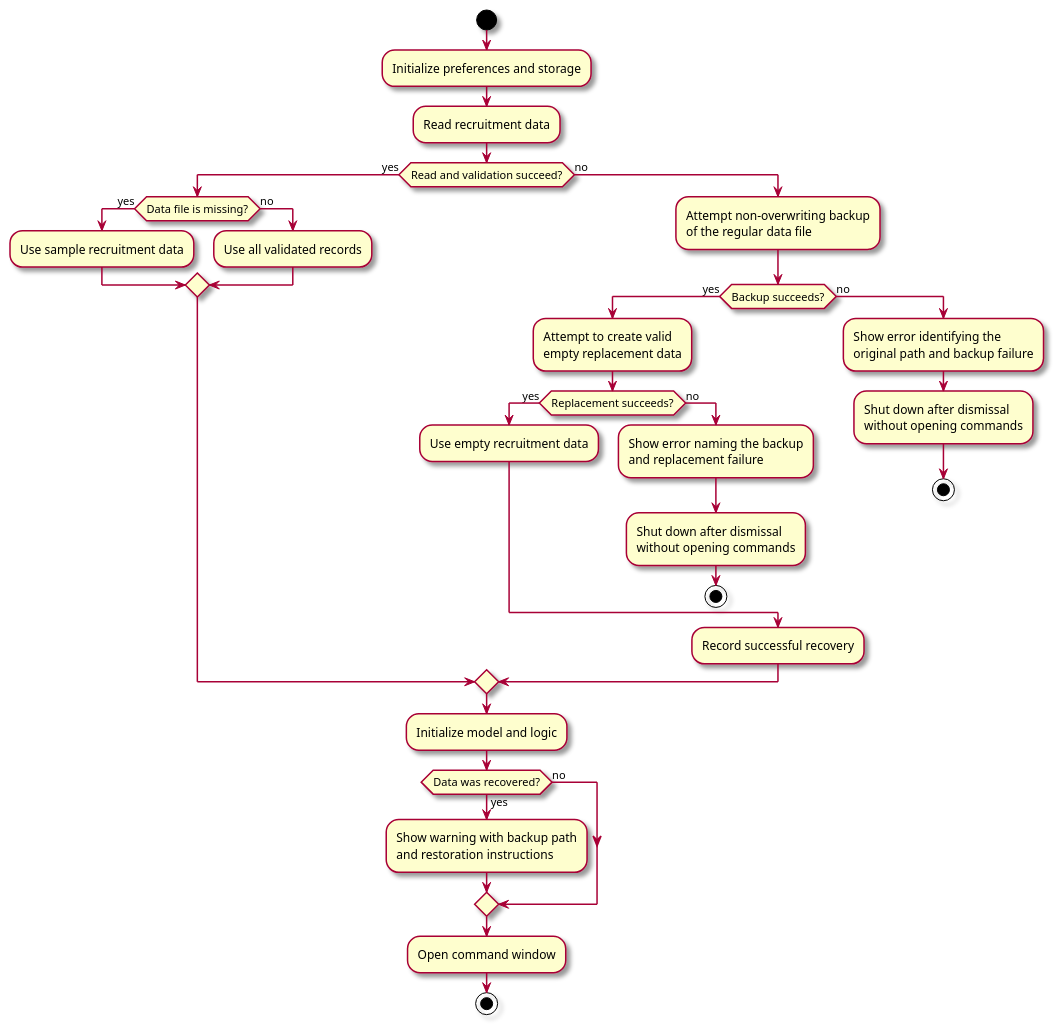
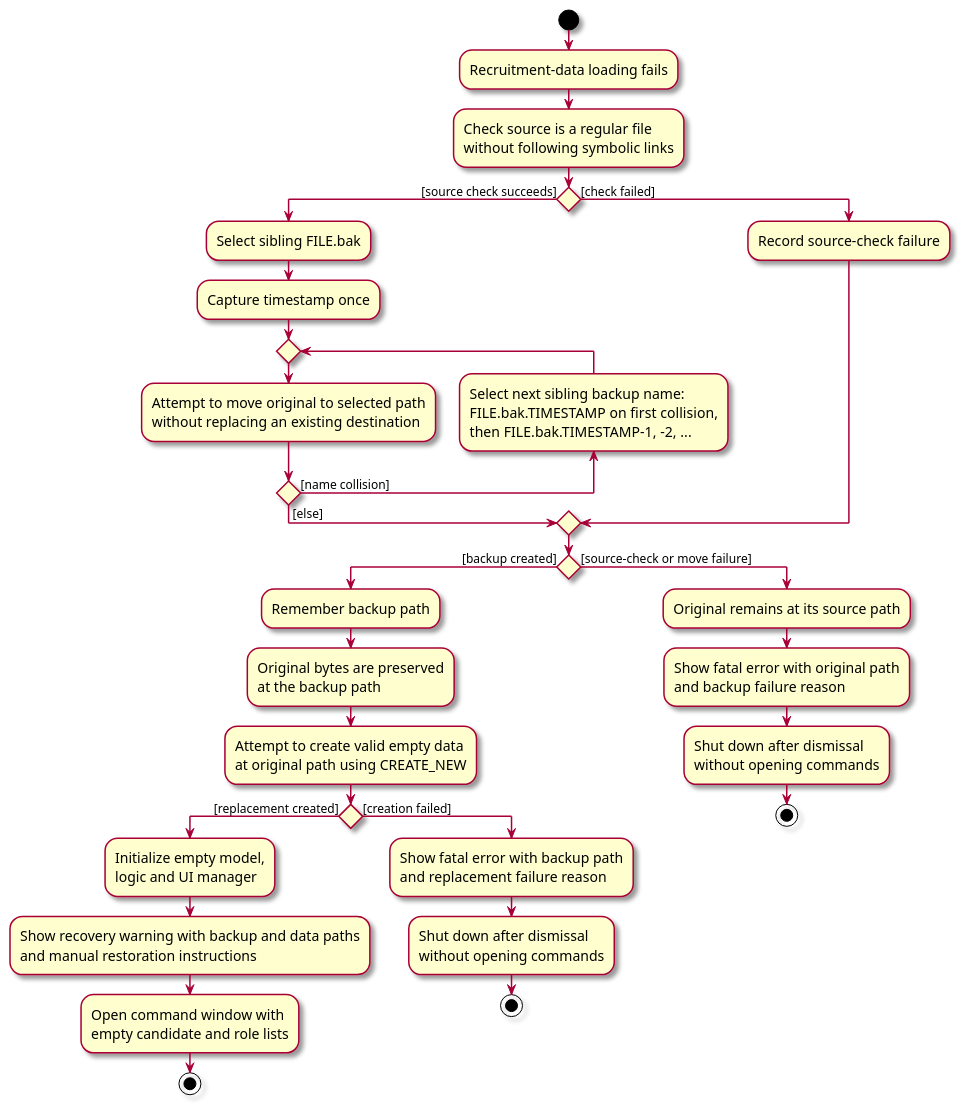
One commit to AY2627S1-CS2103-F12-3/tp changed the diagram in diagrams/RecruitmentDataStartupActivityDiagram.puml. Above: the diagram before and after it, drawn with PlantUML. The commit also changed 28 other files, not shown here.

```diff
--- a/diagrams/RecruitmentDataStartupActivityDiagram.puml
+++ b/diagrams/RecruitmentDataStartupActivityDiagram.puml
@@ -1,44 +1,52 @@
 @startuml
 skin rose
+skinparam ActivityFontSize 14
+skinparam ArrowFontSize 12
 start
-:Initialize preferences and storage;
-:Read recruitment data;
-if (Read and validation succeed?) then (yes)
-    if (Data file is missing?) then (yes)
-        :Use sample recruitment data;
-    else (no)
-        :Use all validated records;
-    endif
-else (no)
-    :Attempt non-overwriting backup
-    of the regular data file;
-    if (Backup succeeds?) then (yes)
-        :Attempt to create valid
-        empty replacement data;
-        if (Replacement succeeds?) then (yes)
-            :Use empty recruitment data;
-        else (no)
-            :Show error naming the backup
-            and replacement failure;
-            :Shut down after dismissal
-            without opening commands;
-            stop
-        endif
-    else (no)
-        :Show error identifying the
-        original path and backup failure;
+:Recruitment-data loading fails;
+:Check source is a regular file
+without following symbolic links;
+if () then ([source check succeeds])
+    :Select sibling FILE.bak;
+    :Capture timestamp once;
+    repeat
+        :Attempt to move original to selected path
+        without replacing an existing destination;
+    backward :Select next sibling backup name:
+    FILE.bak.TIMESTAMP on first collision,
+    then FILE.bak.TIMESTAMP-1, -2, ...;
+    repeat while () is ([name collision]) not ([else])
+else ([check failed])
+    :Record source-check failure;
+endif
+
+if () then ([backup created])
+    :Remember backup path;
+    :Original bytes are preserved
+    at the backup path;
+    :Attempt to create valid empty data
+    at original path using CREATE_NEW;
+    if () then ([replacement created])
+        :Initialize empty model,
+        logic and UI manager;
+        :Show recovery warning with backup and data paths
+        and manual restoration instructions;
+        :Open command window with
+        empty candidate and role lists;
+        stop
+    else ([creation failed])
+        :Show fatal error with backup path
+        and replacement failure reason;
         :Shut down after dismissal
         without opening commands;
         stop
     endif
-    :Record successful recovery;
+else ([source-check or move failure])
+    :Original remains at its source path;
+    :Show fatal error with original path
+    and backup failure reason;
+    :Shut down after dismissal
+    without opening commands;
+    stop
 endif
-:Initialize model and logic;
-if (Data was recovered?) then (yes)
-    :Show warning with backup path
-    and restoration instructions;
-else (no)
-endif
-:Open command window;
-stop
 @enduml
```
